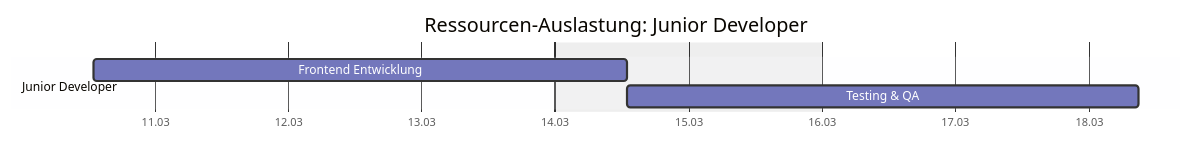
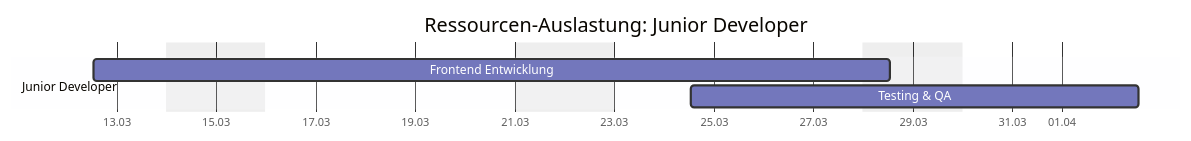
Before and after one commit to mistamichael/sproject: the fifth of 6 diagrams in doc/result_examples/software_simple.md, drawn with Mermaid. The commit also changed other lines of this file and 48 other files, not shown here.

````diff
--- a/doc/result_examples/software_simple.md
+++ b/doc/result_examples/software_simple.md
@@ -141,13 +143,13 @@
 ```mermaid
 %%{init: {'theme': 'base', 'themeVariables': {'taskBkgColor': '#7377BC', 'taskBorderColor': '#333', 'taskTextColor': '#fff'}}}%%
 gantt
     title Ressourcen-Auslastung: Junior Developer
     dateFormat  YYYY-MM-DD HH:mm
     axisFormat  %d.%m
     excludes    weekends, 2026-01-01, 2026-01-06, 2026-04-03, 2026-04-06, 2026-05-01, 2026-05-14, 2026-05-25, 2026-06-04, 2026-08-15, 2026-10-03, 2026-11-01, 2026-12-25, 2026-12-26
 
     section Junior Developer
 
-    Frontend Entwicklung        :t0, 2026-03-10 13:00, 2026-03-14 13:00
-    Testing & QA                :t1, 2026-03-14 13:00, 2026-03-17 09:00
+    Frontend Entwicklung        :t0, 2026-03-12 13:00, 2026-03-24 13:00
+    Testing & QA                :t1, 2026-03-24 13:00, 2026-03-31 13:00
 ```
````
